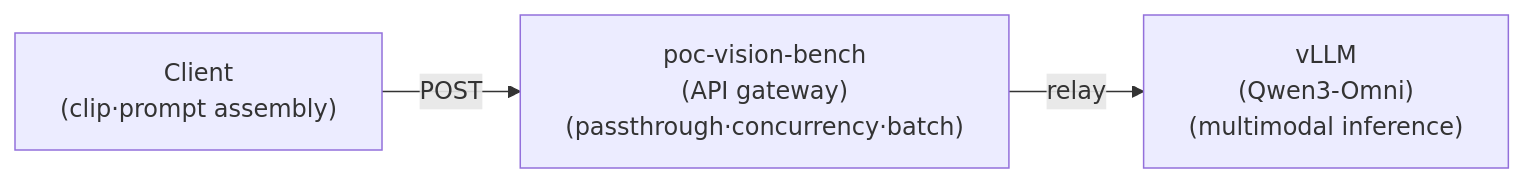
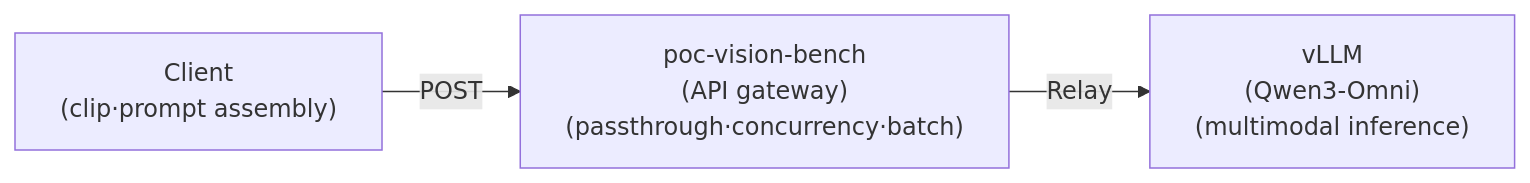
One commit to SceneMakerAI/docs-web changed the diagram in i18n/en/docusaurus-plugin-content-docs/current/poc/vision-bench/1편-멀티모달-llm-한국-방송-6초-클립-영상-이해-벤치마크파이프라인-구축.md. Above: the diagram before and after it, drawn with Mermaid. The commit also changed other lines of this file and 5 other files, not shown here.

````diff
--- a/i18n/en/docusaurus-plugin-content-docs/current/poc/vision-bench/1편-멀티모달-llm-한국-방송-6초-클립-영상-이해-벤치마크파이프라인-구축.md
+++ b/i18n/en/docusaurus-plugin-content-docs/current/poc/vision-bench/1편-멀티모달-llm-한국-방송-6초-클립-영상-이해-벤치마크파이프라인-구축.md
@@ -24,4 +24,4 @@
 ```mermaid
 graph LR
-    A["Client<br/>(clip·prompt assembly)"] -->|POST| B["poc-vision-bench<br/>(API gateway)<br/>(passthrough·concurrency·batch)"] -->|relay| C["vLLM<br/>(Qwen3-Omni)<br/>(multimodal inference)"]
+    A["Client<br/>(clip·prompt assembly)"] -->|POST| B["poc-vision-bench<br/>(API gateway)<br/>(passthrough·concurrency·batch)"] -->|Relay| C["vLLM<br/>(Qwen3-Omni)<br/>(multimodal inference)"]
 ```
````
